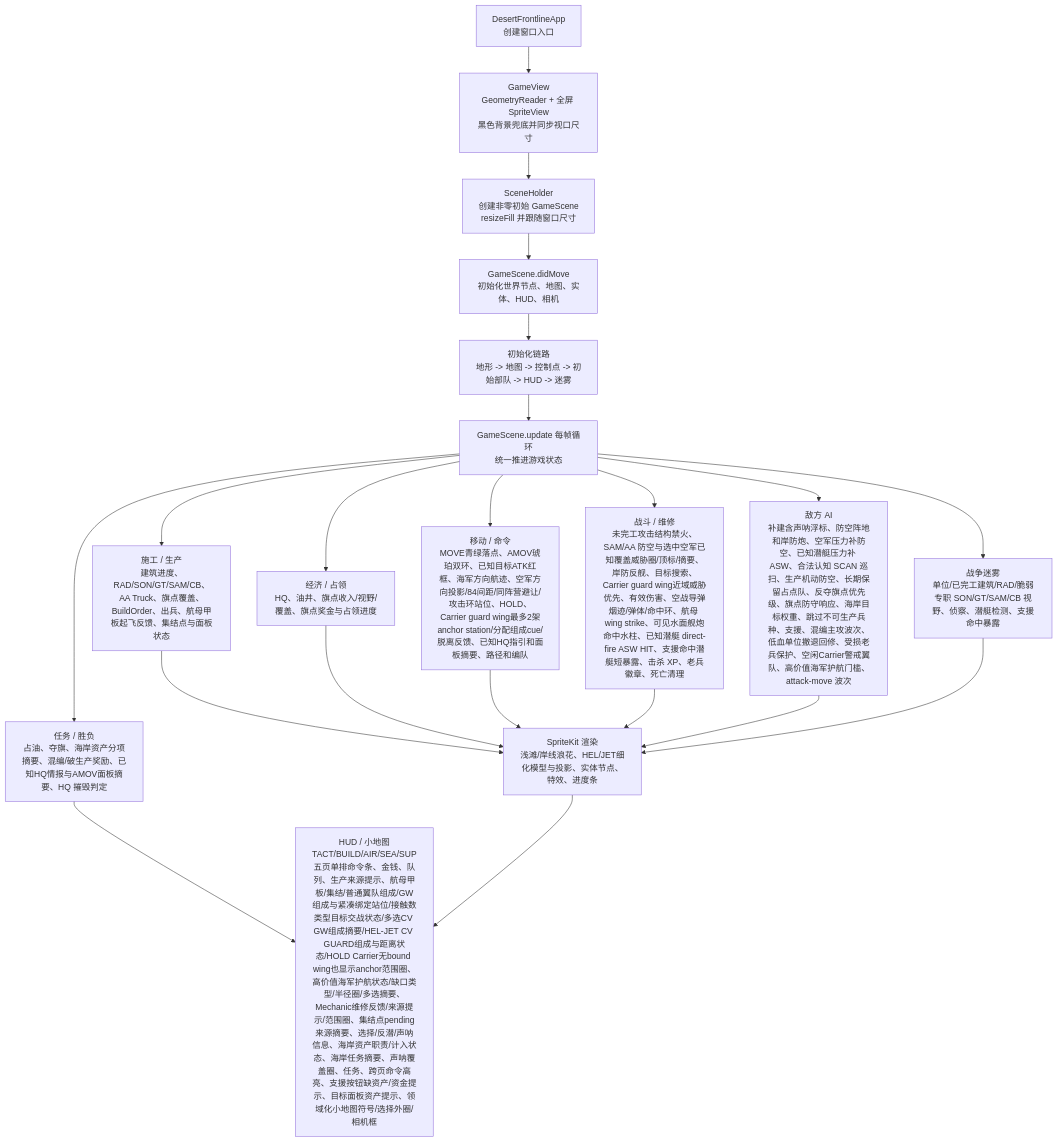
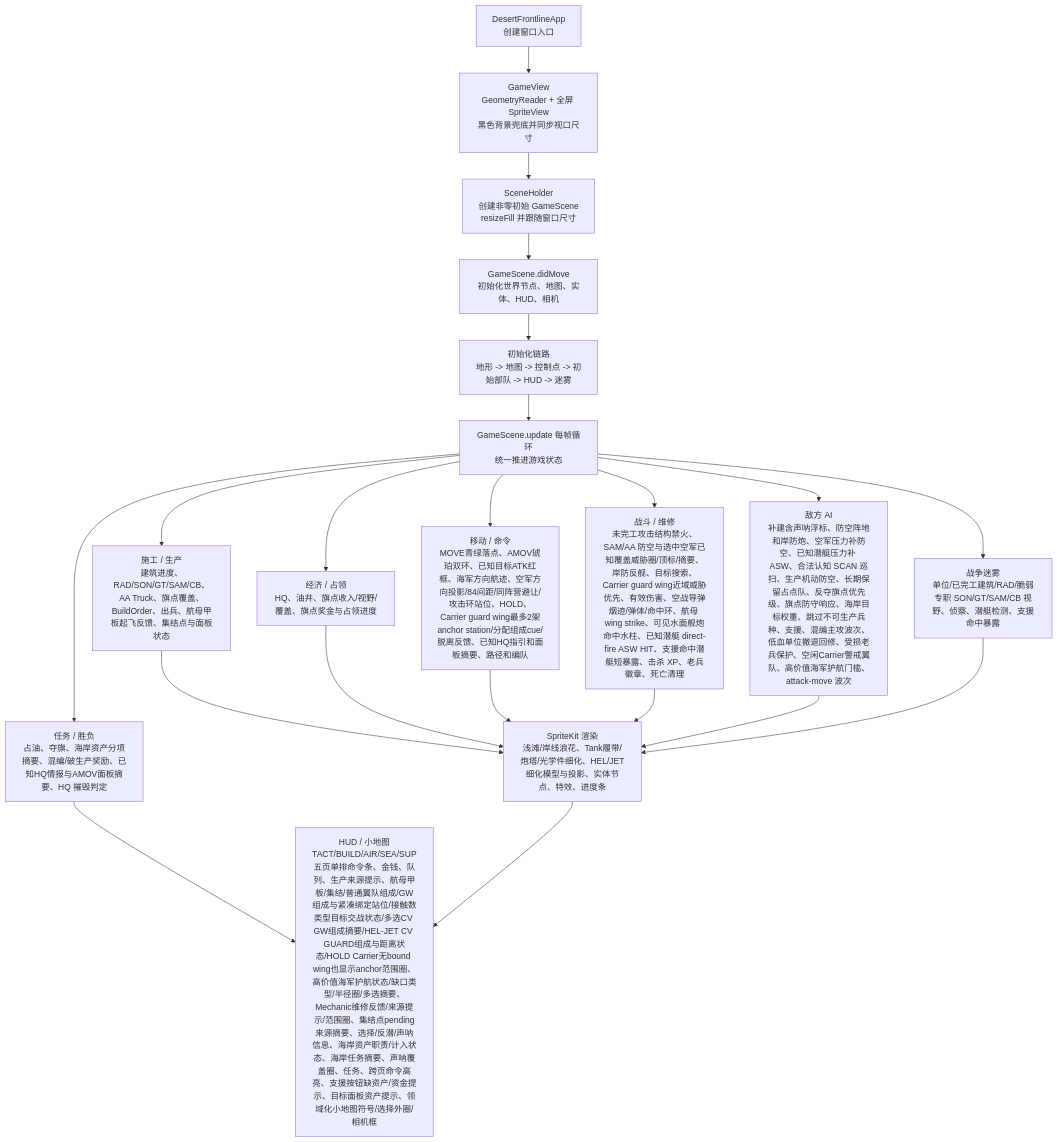
One commit to Altman-sam114/1145 changed the first of 3 diagrams in md/flow/flowchart.md. Above: the diagram before and after it, drawn with Mermaid. The commit also changed other lines of this file and 6 other files, not shown here.

````diff
--- a/md/flow/flowchart.md
+++ b/md/flow/flowchart.md
@@ -9,23 +9,23 @@
 ```mermaid
 flowchart TD
   App["DesertFrontlineApp\n创建窗口入口"] --> View["GameView\nGeometryReader + 全屏 SpriteView\n黑色背景兜底并同步视口尺寸"]
   View --> Holder["SceneHolder\n创建非零初始 GameScene\nresizeFill 并跟随窗口尺寸"]
   Holder --> Scene["GameScene.didMove\n初始化世界节点、地图、实体、HUD、相机"]
   Scene --> Init["初始化链路\n地形 -> 地图 -> 控制点 -> 初始部队 -> HUD -> 迷雾"]
   Init --> Loop["GameScene.update 每帧循环\n统一推进游戏状态"]
   Loop --> Build["施工 / 生产\n建筑进度、RAD/SON/GT/SAM/CB、AA Truck、旗点覆盖、BuildOrder、出兵、航母甲板起飞反馈、集结点与面板状态"]
   Loop --> Economy["经济 / 占领\nHQ、油井、旗点收入/视野/覆盖、旗点奖金与占领进度"]
   Loop --> Commands["移动 / 命令\nMOVE青绿落点、AMOV琥珀双环、已知目标ATK红框、海军方向航迹、空军方向投影/84间距/同阵营避让/攻击环站位、HOLD、Carrier guard wing最多2架anchor station/分配组成cue/脱离反馈、已知HQ指引和面板摘要、路径和编队"]
   Loop --> Combat["战斗 / 维修\n未完工攻击结构禁火、SAM/AA 防空与选中空军已知覆盖威胁圈/顶标/摘要、岸防反舰、目标搜索、Carrier guard wing近域威胁优先、有效伤害、空战导弹烟迹/弹体/命中环、航母 wing strike、可见水面舰炮命中水柱、已知潜艇 direct-fire ASW HIT、支援命中潜艇短暴露、击杀 XP、老兵徽章、死亡清理"]
   Loop --> AI["敌方 AI\n补建含声呐浮标、防空阵地和岸防炮、空军压力补防空、已知潜艇压力补 ASW、合法认知 SCAN 巡扫、生产机动防空、长期保留占点队、反夺旗点优先级、旗点防守响应、海岸目标权重、跳过不可生产兵种、支援、混编主攻波次、低血单位撤退回修、受损老兵保护、空闲Carrier警戒翼队、高价值海军护航门槛、attack-move 波次"]
   Loop --> Fog["战争迷雾\n单位/已完工建筑/RAD/脆弱专职 SON/GT/SAM/CB 视野、侦察、潜艇检测、支援命中暴露"]
   Loop --> Mission["任务 / 胜负\n占油、夺旗、海岸资产分项摘要、混编/破生产奖励、已知HQ情报与AMOV面板摘要、HQ 摧毁判定"]
-  Build --> Render["SpriteKit 渲染\n浅滩/岸线浪花、HEL/JET细化模型与投影、实体节点、特效、进度条"]
+  Build --> Render["SpriteKit 渲染\n浅滩/岸线浪花、Tank履带/炮塔/光学件细化、HEL/JET细化模型与投影、实体节点、特效、进度条"]
   Economy --> Render
   Commands --> Render
   Combat --> Render
   AI --> Render
   Fog --> Render
   Mission --> HUD["HUD / 小地图\nTACT/BUILD/AIR/SEA/SUP五页单排命令条、金钱、队列、生产来源提示、航母甲板/集结/普通翼队组成/GW组成与紧凑绑定站位/接触数类型目标交战状态/多选CV GW组成摘要/HEL-JET CV GUARD组成与距离状态/HOLD Carrier无bound wing也显示anchor范围圈、高价值海军护航状态/缺口类型/半径圈/多选摘要、Mechanic维修反馈/来源提示/范围圈、集结点pending来源摘要、选择/反潜/声呐信息、海岸资产职责/计入状态、海岸任务摘要、声呐覆盖圈、任务、跨页命令高亮、支援按钮缺资产/资金提示、目标面板资产提示、领域化小地图符号/选择外圈/相机框"]
   Render --> HUD
 ```
````
